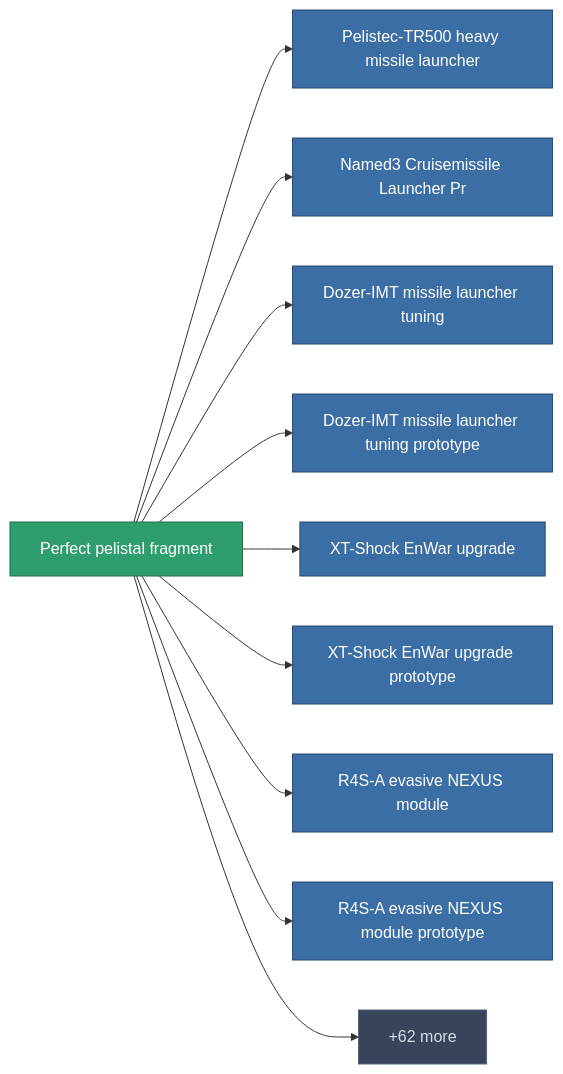
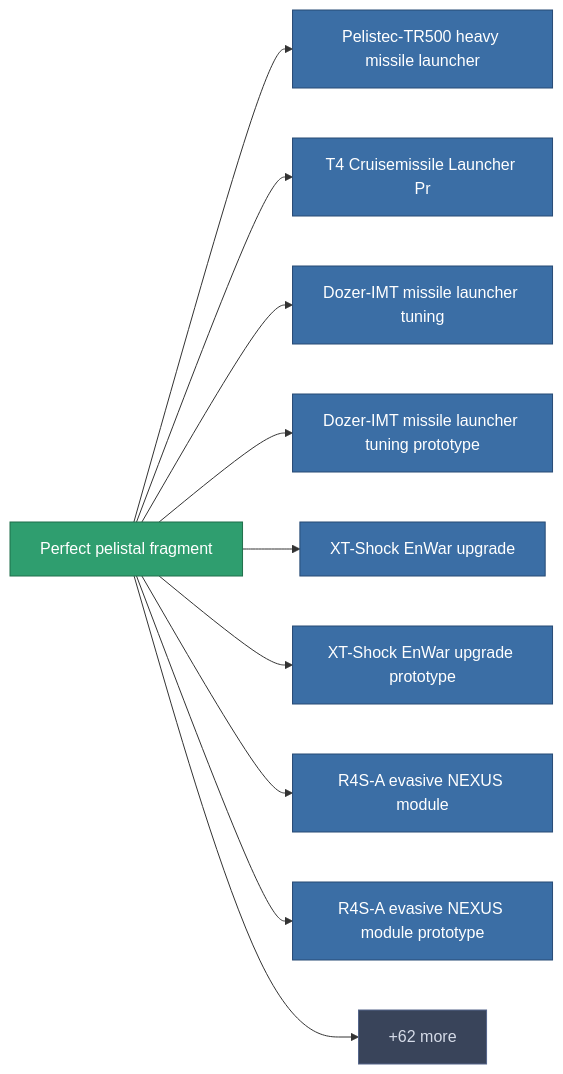
One commit to OpenPerpetuum/Wiki changed the diagram in content/content/items/robotshard_pelistal_expert.md. Above: the diagram before and after it, drawn with Mermaid. The commit also changed other lines of this file and 4904 other files, not shown here.

````diff
--- a/content/content/items/robotshard_pelistal_expert.md
+++ b/content/content/items/robotshard_pelistal_expert.md
@@ -46,34 +36,34 @@
 ```mermaid
 graph LR
     a["Perfect pelistal fragment"]:::current
     b["Pelistec-TR500 heavy missile launcher"]:::prod
     a --> b
     click b "/content/items/named3-cruisemissile-launcher/" "Pelistec-TR500 heavy missile launcher"
-    c["Named3 Cruisemissile Launcher Pr"]:::prod
+    c["T4 Cruisemissile Launcher Pr"]:::prod
     a --> c
-    click c "/content/items/named3-cruisemissile-launcher-pr/" "Named3 Cruisemissile Launcher Pr"
+    click c "/content/items/named3-cruisemissile-launcher-pr/" "T4 Cruisemissile Launcher Pr"
     d["Dozer-IMT missile launcher tuning"]:::prod
     a --> d
     click d "/content/items/named3-damage-mod-missile/" "Dozer-IMT missile launcher tuning"
     e["Dozer-IMT missile launcher tuning prototype"]:::prod
     a --> e
     click e "/content/items/named3-damage-mod-missile-pr/" "Dozer-IMT missile launcher tuning prototype"
     f["XT-Shock EnWar upgrade"]:::prod
     a --> f
     click f "/content/items/named3-energy-warfare-upgrade/" "XT-Shock EnWar upgrade"
     g["XT-Shock EnWar upgrade prototype"]:::prod
     a --> g
     click g "/content/items/named3-energy-warfare-upgrade-pr/" "XT-Shock EnWar upgrade prototype"
     h["R4S-A evasive NEXUS module"]:::prod
     a --> h
     click h "/content/items/named3-gang-assist-coordinated-maneuvering-module/" "R4S-A evasive NEXUS module"
     i["R4S-A evasive NEXUS module prototype"]:::prod
     a --> i
     click i "/content/items/named3-gang-assist-coordinated-maneuvering-module-pr/" "R4S-A evasive NEXUS module prototype"
     j["+62 more"]:::more
     a --> j
     click j "/content/recipes/" "All recipes"
     classDef current fill:#2f9e6f,stroke:#1f6f4a,color:#ffffff
     classDef prod fill:#3b6ea5,stroke:#274a75,color:#ffffff
     classDef more fill:#39445a,stroke:#54658a,color:#d5dbe8
 ```
````
